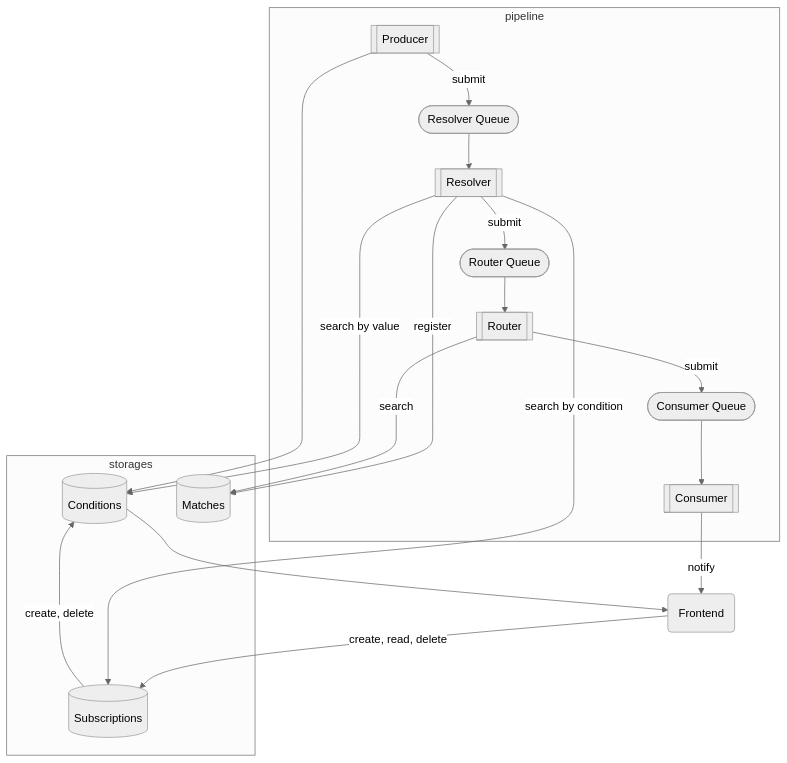
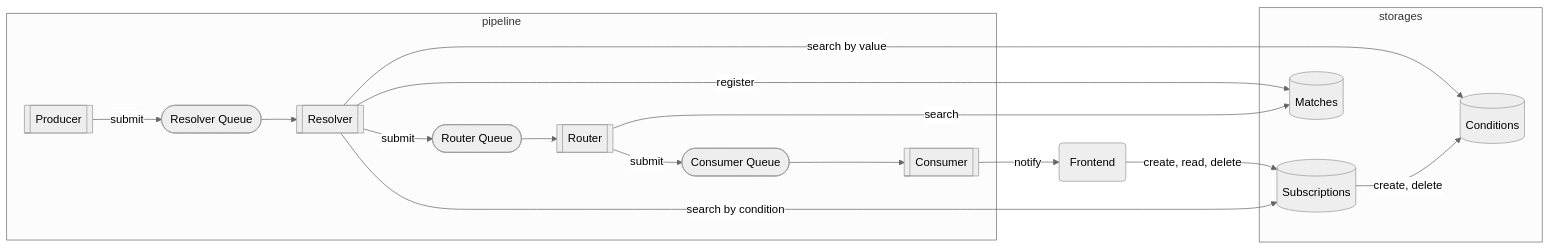
The second of 2 diagrams in profile/README.md (awakari/.github), drawn with Mermaid before and after one commit.

````diff
--- a/profile/README.md
+++ b/profile/README.md
@@ -161,29 +161,26 @@
 ```mermaid
 %%{init: {'theme': 'neutral' } }%%
-flowchart TB
+flowchart LR
     subgraph storages
         conditions[(Conditions)]
         subscriptions[(Subscriptions)]
         matches[(Matches)]
     end
     subgraph pipeline
         producer[[Producer]]
         resolverQueue([Resolver Queue])
         resolver[[Resolver]]
         routerQueue([Router Queue])
         router[[Router]]
         consumerQueue([Consumer Queue])
         consumer[[Consumer]]
     end
     frontend(Frontend) -->|create, read, delete| subscriptions
     producer -->|submit| resolverQueue
     resolver -->|search by value| conditions
     resolver --> |search by condition| subscriptions
     resolver --> |register| matches
     subscriptions --> |create, delete| conditions
     router --> |search| matches
     resolverQueue --> resolver -->|submit| routerQueue --> router -->|submit| consumerQueue --> consumer -->|notify| frontend
-    
-    conditions --> frontend
-    producer --> conditions
 ```
````
